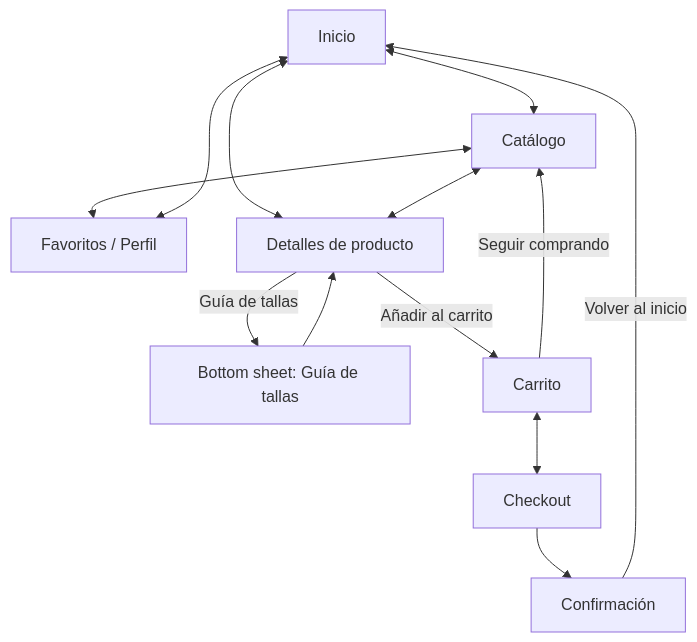
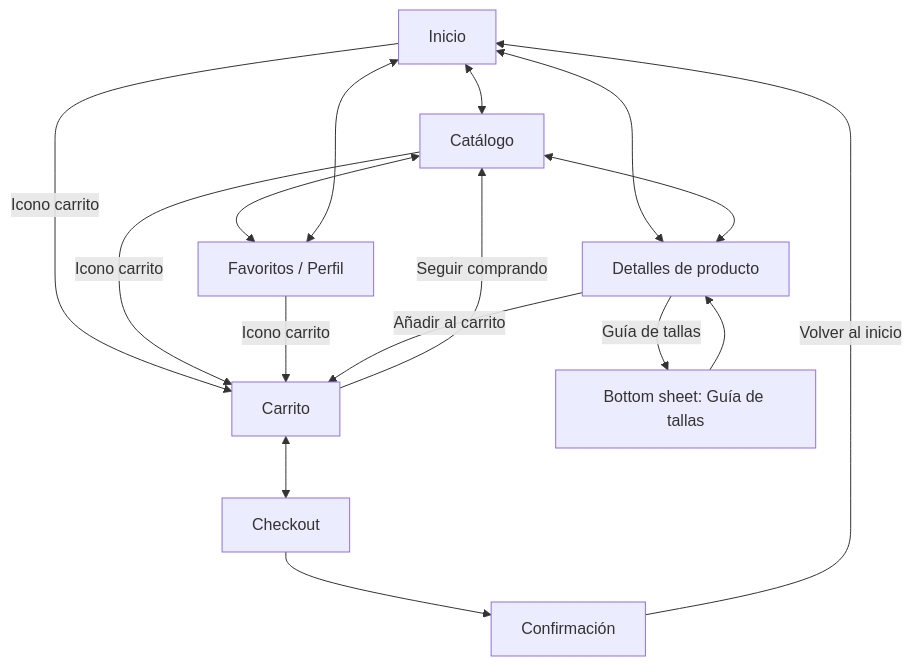
One commit to josemiguelgutierrez/diu-t1-ropainfantil changed the diagram in DOCUMENTACION.md. Above: the diagram before and after it, drawn with Mermaid. The commit also changed other lines of this file, not shown here.

Commit message:
docs: mapa de navegación con acceso al carrito

````diff
--- a/DOCUMENTACION.md
+++ b/DOCUMENTACION.md
@@ -64,15 +64,18 @@
 ```mermaid
 flowchart TD
     A[Inicio] <--> B[Catálogo]
     B <--> H[Favoritos / Perfil]
     A <--> H
+    A -->|Icono carrito| D
+    B -->|Icono carrito| D
+    H -->|Icono carrito| D
     A <--> C
     B <--> C[Detalles de producto]
     C -->|Guía de tallas| G[Bottom sheet: Guía de tallas]
     G --> C
     C -->|Añadir al carrito| D[Carrito]
     D -->|Seguir comprando| B
     D <--> E[Checkout]
     E --> F[Confirmación]
     F -->|Volver al inicio| A
 ```
````
